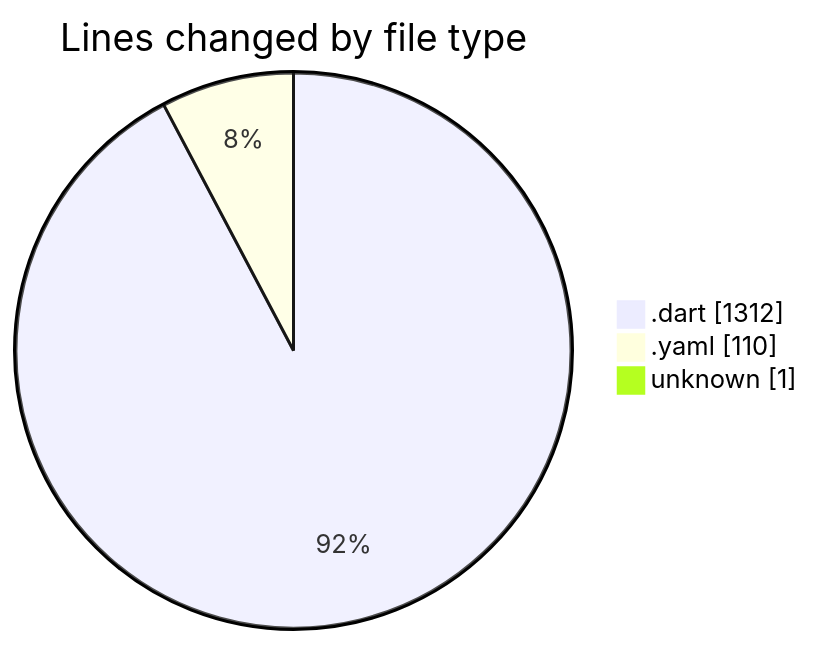
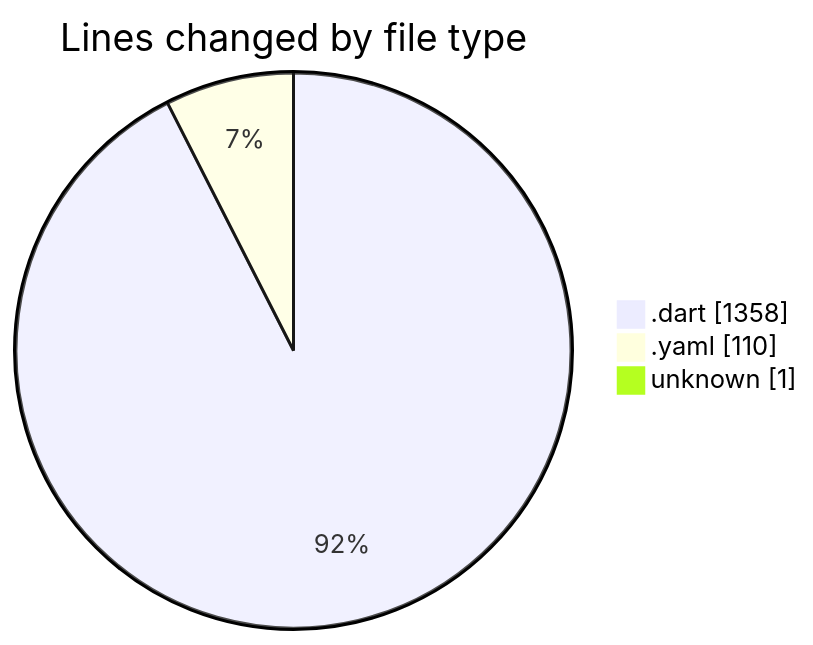
The first of 2 diagrams in 2025-03-08/uber_clone/README.md (donsfak/code-tracking), drawn with Mermaid before and after one commit. The commit also changed other lines of this file and 1 other file, not shown here.

````diff
--- a/2025-03-08/uber_clone/README.md
+++ b/2025-03-08/uber_clone/README.md
@@ -24,7 +24,7 @@
 ```mermaid
 pie showData
 title Lines changed by file type
-".dart" : 1312
+".dart" : 1358
 ".yaml" : 110
 "unknown" : 1
 ```
````
